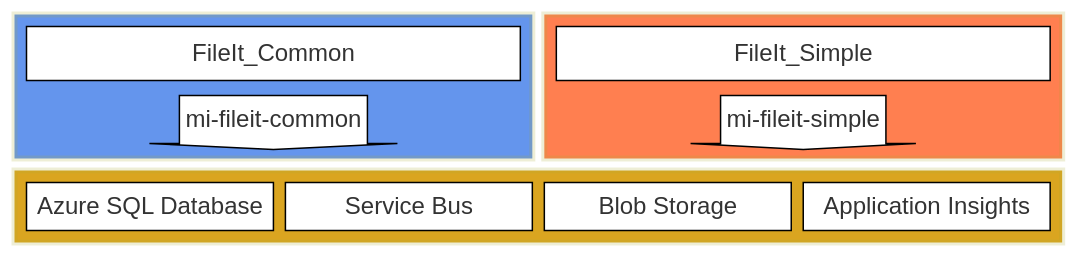
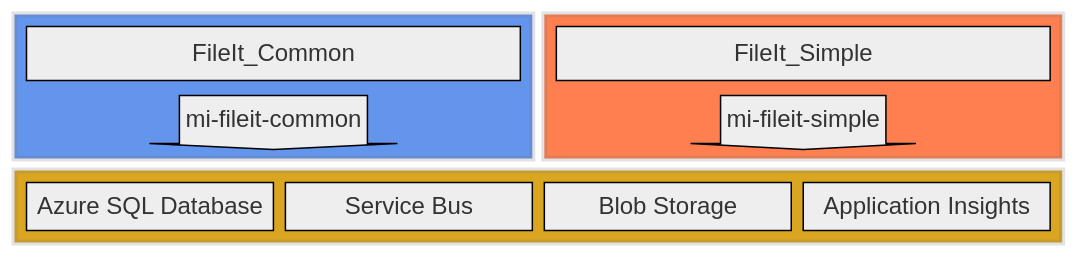
One commit to cesarmeraz/cmeraz-fileit changed the diagram in README.md. Above: the diagram before and after it, drawn with Mermaid.

Commit message:
Fix Mermaid diagram styling in README.md

````diff
--- a/README.md
+++ b/README.md
@@ -94,25 +94,26 @@
 ```mermaid
+%%{init: {'theme': 'neutral' } }%%
 block
   columns 4
     block:common:2
       columns 1
       FA1["FileIt_Common"] 
       MI1<["mi-fileit-common"]>(down) 
       end
     block:simple:2
       columns 1
       FA2["FileIt_Simple"] 
       MA2<["mi-fileit-simple"]>(down) 
     end
   block:shared:4
     DB["Azure SQL Database"] 
     SB["Service Bus"] 
     BS["Blob Storage"] 
     AI["Application Insights"]
   end
-  classDef shape fill:white,color:black, stroke-width:1px, stroke:black 
+  classDef shape color:black, stroke-width:1px, stroke:black 
   class FA1,MI1,FA2,MA2,DB,SB,BS,AI shape
   style common fill:cornflowerblue,stroke-width:4px
   style simple fill:coral,stroke-width:4px
   style shared fill:goldenrod,stroke-width:4px
 ```
````
